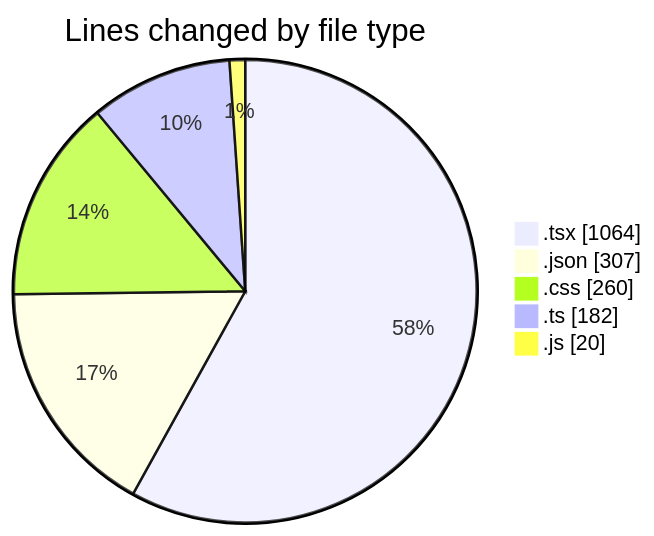
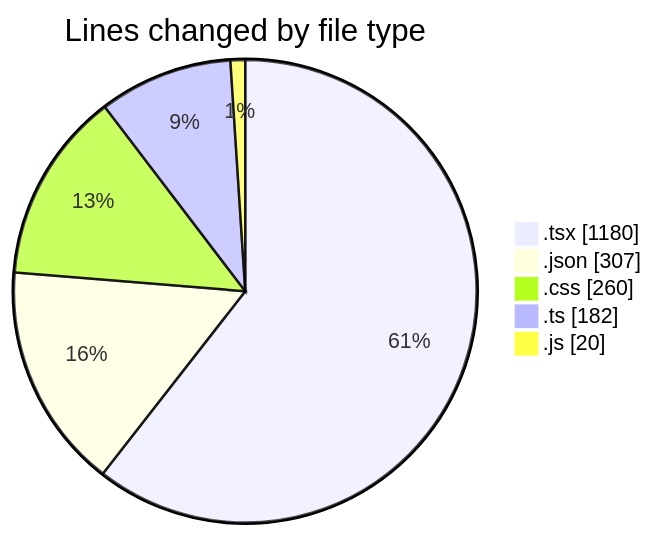
One commit to Elitesun/code-tracking changed the first of 2 diagrams in 2025-05-04/niten/README.md. Above: the diagram before and after it, drawn with Mermaid. The commit also changed other lines of this file and 1 other file, not shown here.

````diff
--- a/2025-05-04/niten/README.md
+++ b/2025-05-04/niten/README.md
@@ -41,9 +42,9 @@
 ```mermaid
 pie showData
 title Lines changed by file type
-".tsx" : 1064
+".tsx" : 1180
 ".json" : 307
 ".css" : 260
 ".ts" : 182
 ".js" : 20
 ```
````
